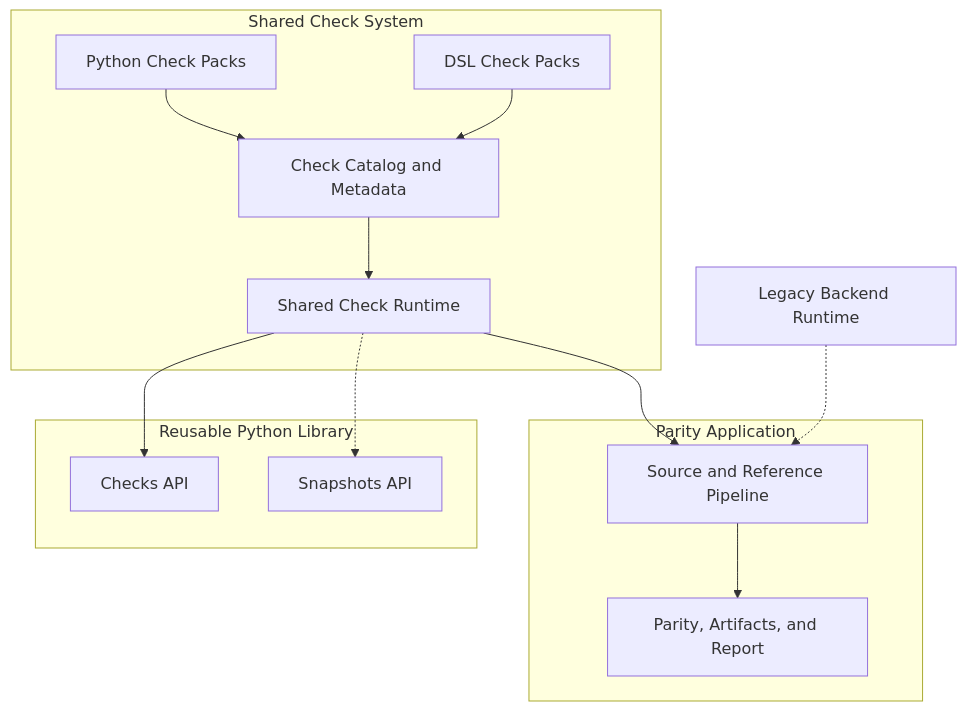
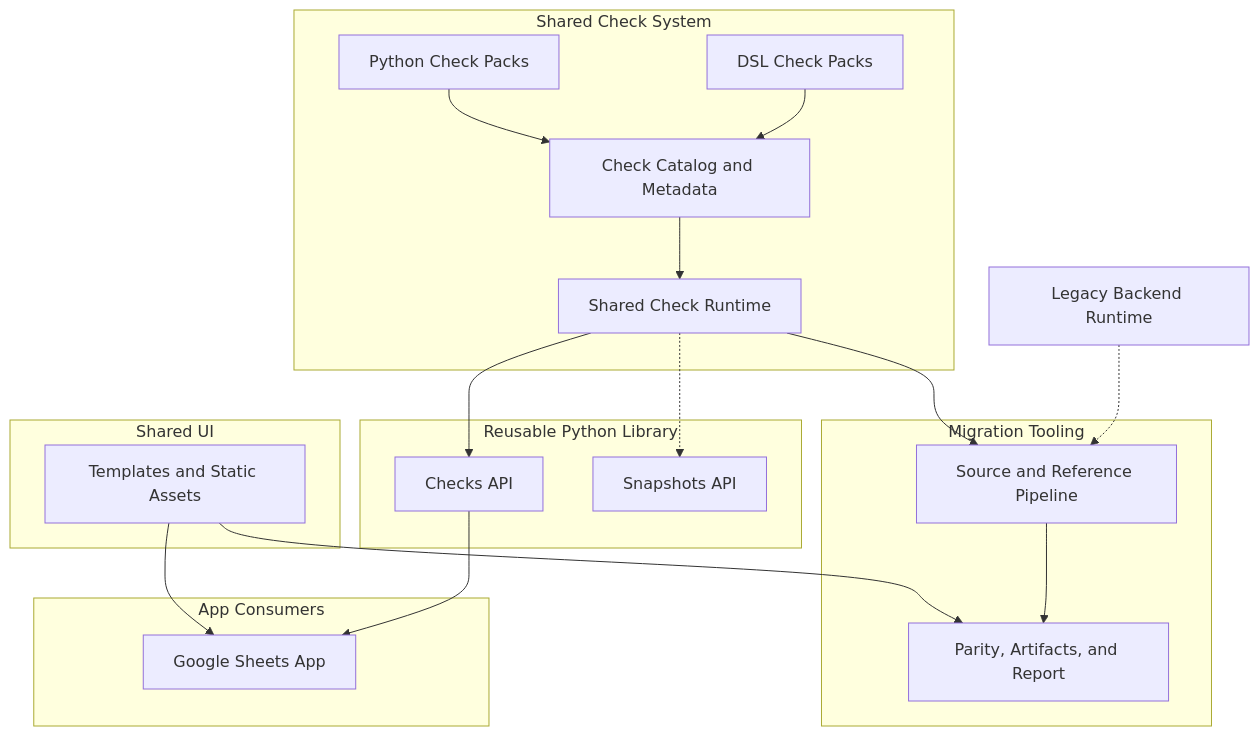
One commit to bobcorn/openfoodfacts-data-quality changed the diagram in docs/explanation/system-architecture.md. Above: the diagram before and after it, drawn with Mermaid. The commit also changed other lines of this file and 303 other files, not shown here.

Commit message:
refactor: separate library, migration tooling, and Google Sheets app (#37)

````diff
--- a/docs/explanation/system-architecture.md
+++ b/docs/explanation/system-architecture.md
@@ -10,30 +11,41 @@
 ```mermaid
 flowchart TB
     subgraph CHECKS["Shared Check System"]
         A["Python Check Packs"]
         B["DSL Check Packs"]
         C["Check Catalog and Metadata"]
         D["Shared Check Runtime"]
         A --> C
         B --> C
         C --> D
     end
 
     subgraph LIB["Reusable Python Library"]
         E["Checks API"]
         F["Snapshots API"]
     end
 
-    subgraph APP["Parity Application"]
+    subgraph APP["Migration Tooling"]
         G["Source and Reference Pipeline"]
         J["Parity, Artifacts, and Report"]
         G --> J
+    end
+
+    subgraph CONSUMER["App Consumers"]
+        L["Google Sheets App"]
+    end
+
+    subgraph UI["Shared UI"]
+        M["Templates and Static Assets"]
     end
 
     K["Legacy Backend Runtime"]
 
     D --> E
     D -.-> F
     D --> G
+    E --> L
+    M --> L
+    M --> J
     K -.-> G
 ```
````
